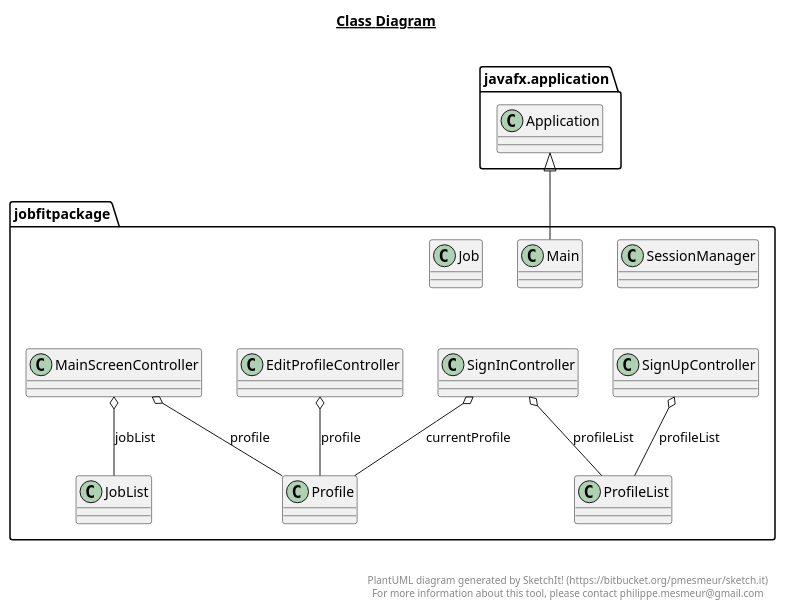
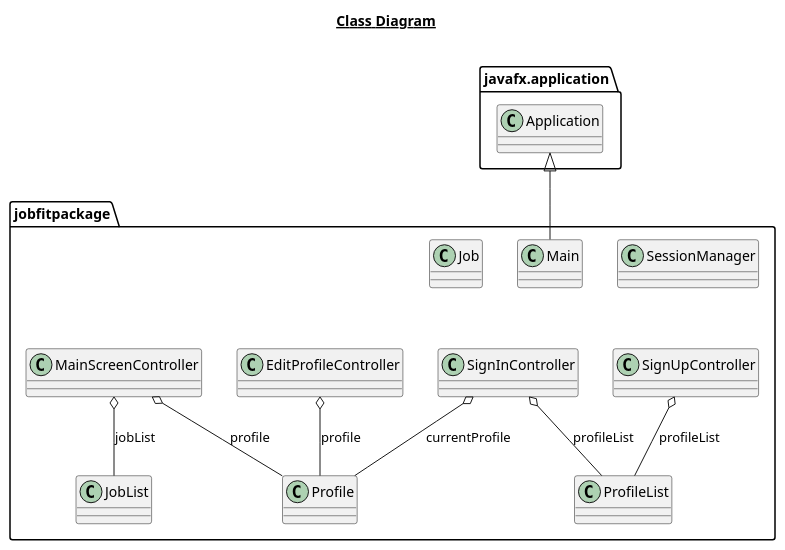
Before and after one commit to Cycromous/oo3RedProject: the diagram in ClassDiagram.plantuml, drawn with PlantUML.

Commit message:
added class diagram, updated uml diagram

```diff
--- a/ClassDiagram.plantuml
+++ b/ClassDiagram.plantuml
@@ -1,44 +1,37 @@
 @startuml
 
 title __Class Diagram__\n
 
 set namespaceseparator none
 
 namespace javafx.application {
   class Application {}
 }
 
 namespace jobfitpackage {
   class JobList {}
   class MainScreenController {}
   class Profile {}
   class ProfileList {}
   class SignInController {}
   class EditProfileController {}
   class SignUpController {}
   class SessionManager {}
   class Job {}
   class Main {}
 }
 
 SignUpController -up[hidden]- Main
 Main -l[hidden]- Job
 Main -r[hidden]- SessionManager
 
 EditProfileController o-- Profile : profile
 Main -up-|> Application
 
 MainScreenController o-- JobList : jobList
 MainScreenController o-- Profile : profile
 SignInController o-- Profile : currentProfile
 SignInController o-- ProfileList : profileList
 SignUpController o-- ProfileList : profileList
 
-right footer
-
-
-PlantUML diagram generated by SketchIt! (https://bitbucket.org/pmesmeur/sketch.it)
-For more information about this tool, please contact philippe.mesmeur@gmail.com
-endfooter
-
 @enduml
```
